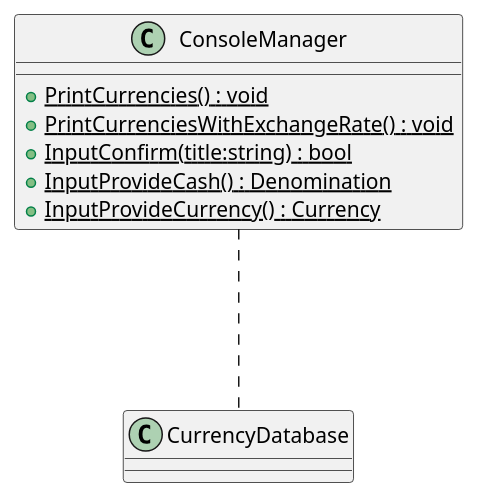
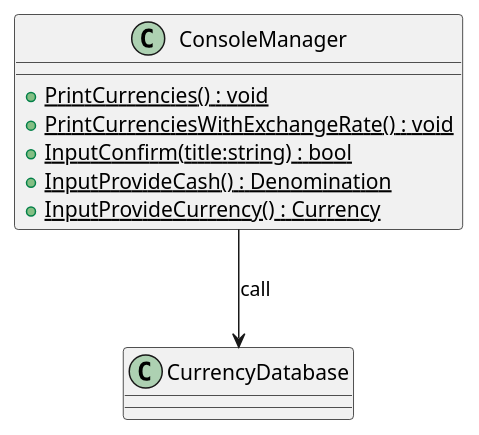
One commit to john-bartu/cut-oot changed the diagram in TM_Lab_1/UMLParts/ConsoleManager.puml. Above: the diagram before and after it, drawn with PlantUML. The commit also changed 8 other files, not shown here.

```diff
--- a/TM_Lab_1/UMLParts/ConsoleManager.puml
+++ b/TM_Lab_1/UMLParts/ConsoleManager.puml
@@ -1,11 +1,11 @@
 @startuml
 class ConsoleManager {
     + {static} PrintCurrencies() : void
     + {static} PrintCurrenciesWithExchangeRate() : void
     + {static} InputConfirm(title:string) : bool
     + {static} InputProvideCash() : Denomination
     + {static} InputProvideCurrency() : Currency
 }
 
-ConsoleManager ... CurrencyDatabase
+ConsoleManager --> CurrencyDatabase : call 
 @enduml
```
